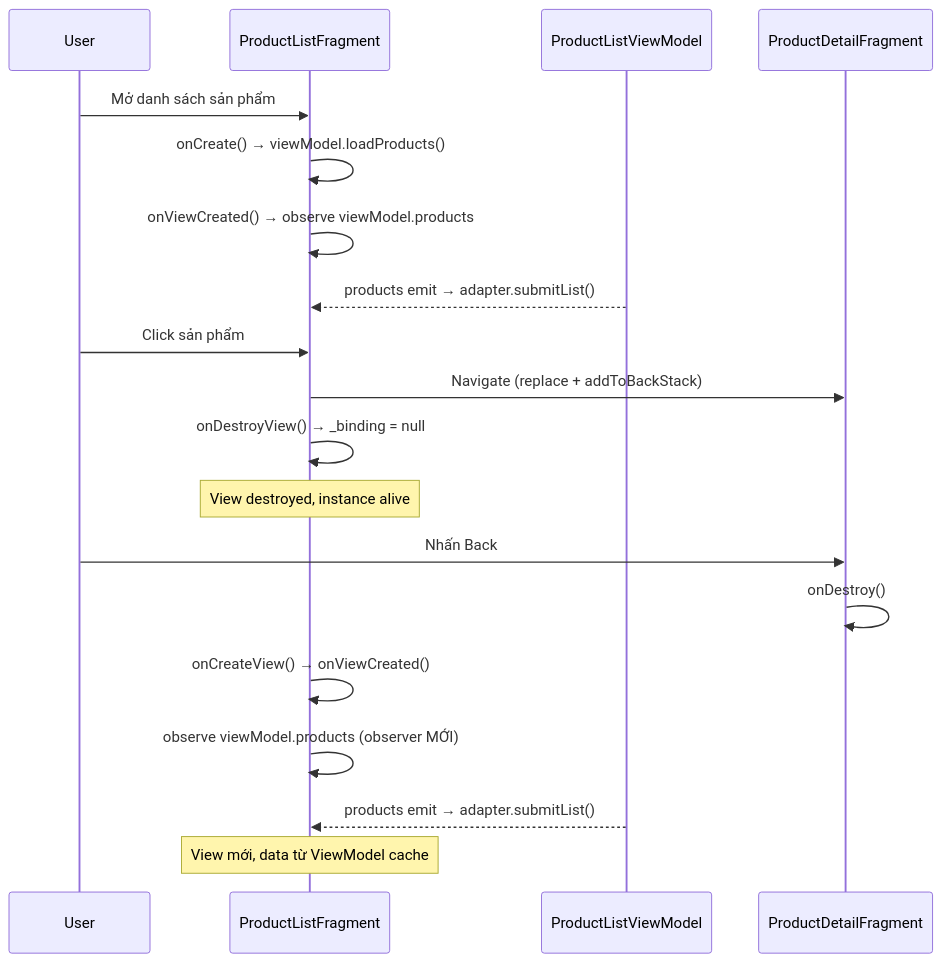
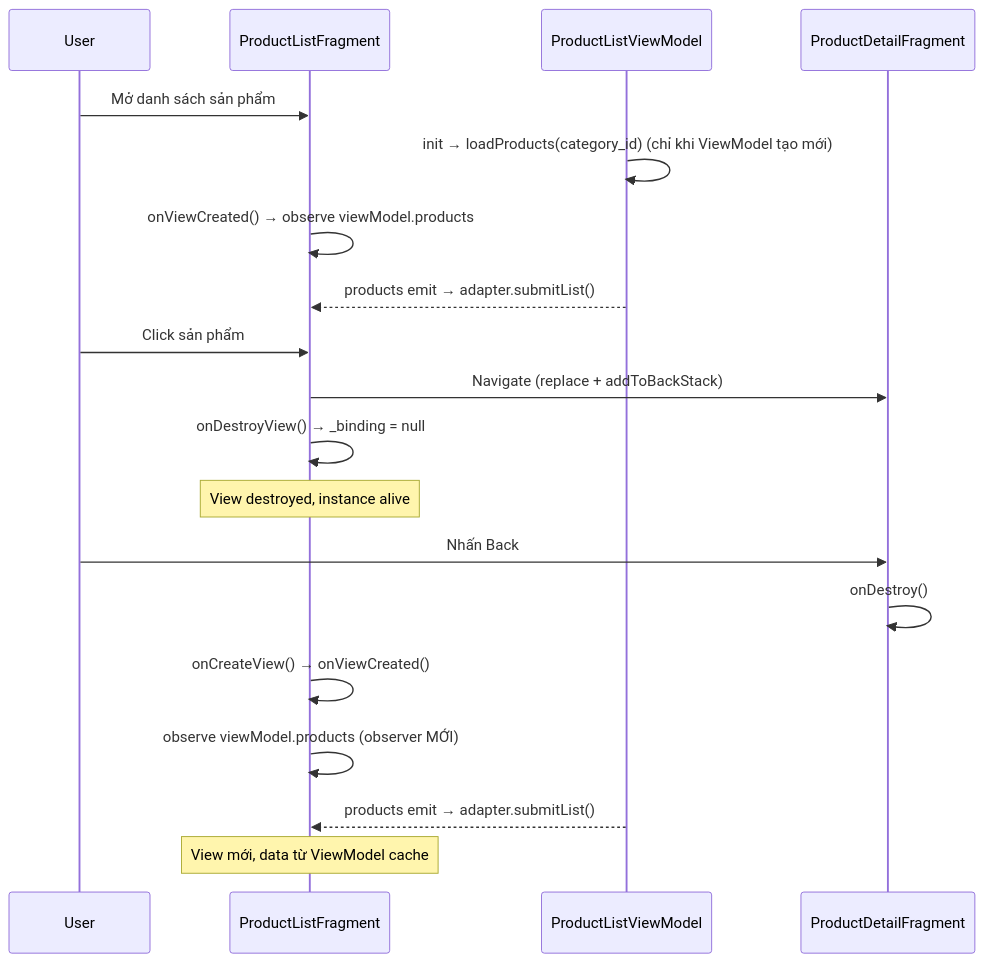
One commit to h1eu/knowledge changed the fourth of 5 diagrams in knowledge/android/docs/session_04/components/fragment/lifecycle.md. Above: the diagram before and after it, drawn with Mermaid. The commit also changed other lines of this file and 76 other files, not shown here.

First line of the commit message:
docs(android): add Compose Overview, fix S01–S05 facts and diagrams

````diff
--- a/knowledge/android/docs/session_04/components/fragment/lifecycle.md
+++ b/knowledge/android/docs/session_04/components/fragment/lifecycle.md
@@ -256,24 +258,24 @@
 ```mermaid
 sequenceDiagram
     participant User
     participant PL as ProductListFragment
     participant VM as ProductListViewModel
     participant PD as ProductDetailFragment
 
     User->>PL: Mở danh sách sản phẩm
-    PL->>PL: onCreate() → viewModel.loadProducts()
+    VM->>VM: init → loadProducts(category_id) (chỉ khi ViewModel tạo mới)
     PL->>PL: onViewCreated() → observe viewModel.products
     VM-->>PL: products emit → adapter.submitList()
 
     User->>PL: Click sản phẩm
     PL->>PD: Navigate (replace + addToBackStack)
     PL->>PL: onDestroyView() → _binding = null
     Note over PL: View destroyed, instance alive
 
     User->>PD: Nhấn Back
     PD->>PD: onDestroy()
     PL->>PL: onCreateView() → onViewCreated()
     PL->>PL: observe viewModel.products (observer MỚI)
     VM-->>PL: products emit → adapter.submitList()
     Note over PL: View mới, data từ ViewModel cache
 ```
````
